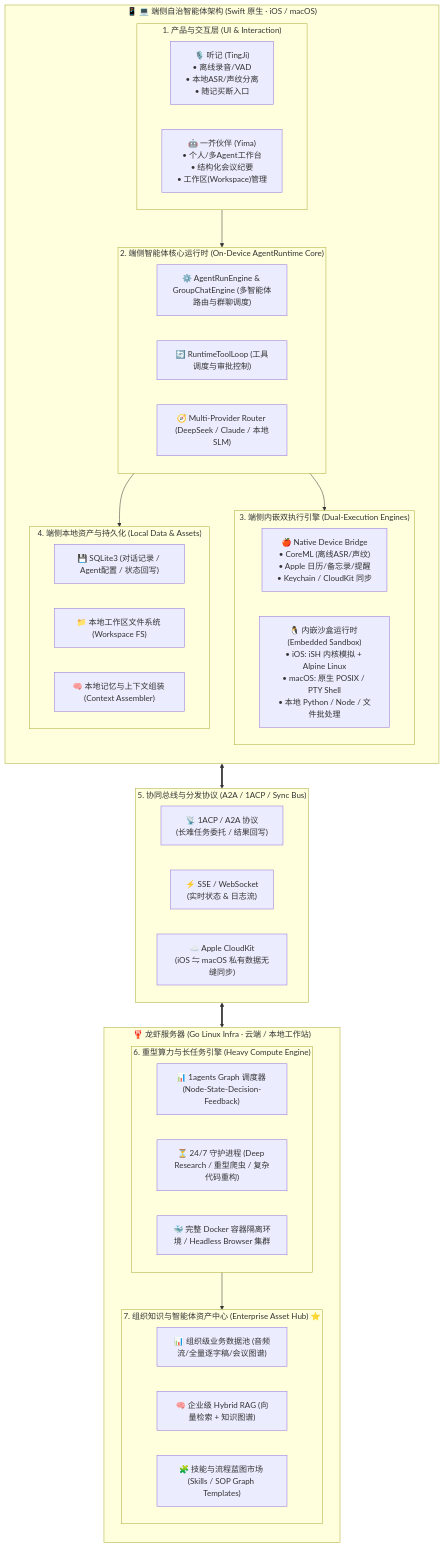
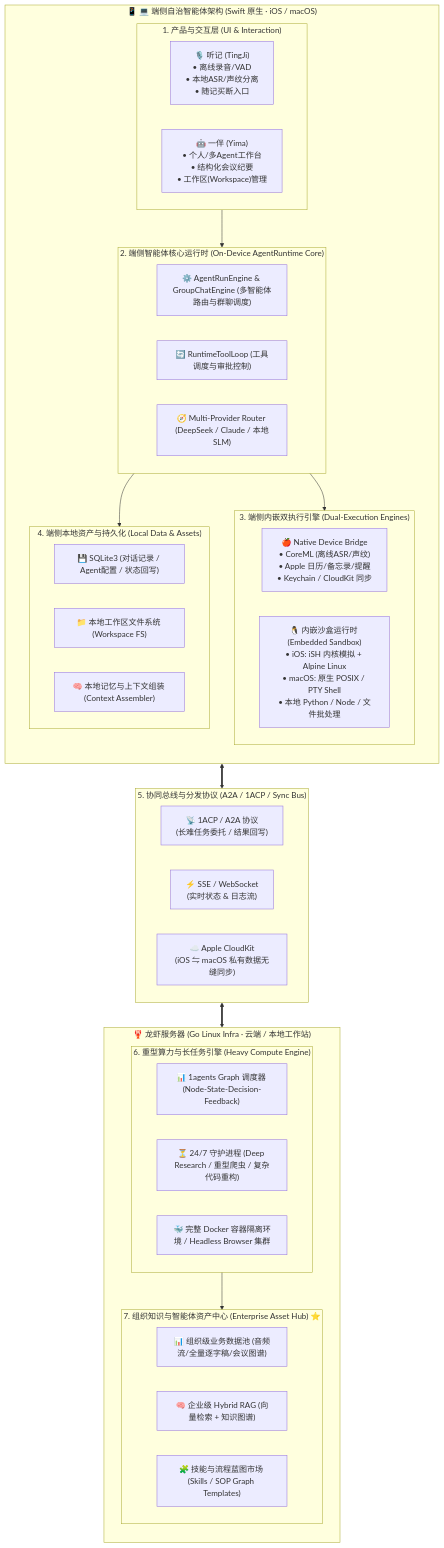
Before and after one commit to scottzx/1agents_phone: the diagram in docs/technical-architecture-and-evolution.md, drawn with Mermaid. The commit also changed other lines of this file, not shown here.

````diff
--- a/docs/technical-architecture-and-evolution.md
+++ b/docs/technical-architecture-and-evolution.md
@@ -38,59 +38,59 @@
 ```mermaid
 flowchart TB
     subgraph ClientHost["📱 💻 端侧自治智能体架构 (Swift 原生 · iOS / macOS)"]
         direction TB
         
         subgraph AppLayer["1. 产品与交互层 (UI & Interaction)"]
             TingJi["🎙️ 听记 (TingJi)<br/>• 离线录音/VAD<br/>• 本地ASR/声纹分离<br/>• 随记买断入口"]
-            Yima["🤖 一芥伙伴 (Yima)<br/>• 个人/多Agent工作台<br/>• 结构化会议纪要<br/>• 工作区(Workspace)管理"]
+            Yima["🤖 一伴 (Yima)<br/>• 个人/多Agent工作台<br/>• 结构化会议纪要<br/>• 工作区(Workspace)管理"]
         end
 
         subgraph SwiftRuntimeCore["2. 端侧智能体核心运行时 (On-Device AgentRuntime Core)"]
             Engine["⚙️ AgentRunEngine & GroupChatEngine (多智能体路由与群聊调度)"]
             ToolLoop["🔄 RuntimeToolLoop (工具调度与审批控制)"]
             ModelRouter["🧭 Multi-Provider Router (DeepSeek / Claude / 本地SLM)"]
         end
 
         subgraph LocalExecution["3. 端侧内嵌双执行引擎 (Dual-Execution Engines)"]
             direction LR
             NativeBridge["🍎 Native Device Bridge<br/>• CoreML (离线ASR/声纹)<br/>• Apple 日历/备忘录/提醒<br/>• Keychain / CloudKit 同步"]
             EmbeddedLinux["🐧 内嵌沙盒运行时 (Embedded Sandbox)<br/>• iOS: iSH 内核模拟 + Alpine Linux<br/>• macOS: 原生 POSIX / PTY Shell<br/>• 本地 Python / Node / 文件批处理"]
         end
 
         subgraph LocalAssets["4. 端侧本地资产与持久化 (Local Data & Assets)"]
             SQLiteStore["💾 SQLite3 (对话记录 / Agent配置 / 状态回写)"]
             WorkspaceFS["📁 本地工作区文件系统 (Workspace FS)"]
             LocalMemory["🧠 本地记忆与上下文组装 (Context Assembler)"]
         end
 
         AppLayer --> SwiftRuntimeCore
         SwiftRuntimeCore --> LocalExecution
         SwiftRuntimeCore --> LocalAssets
     end
 
     subgraph SyncProtocol["5. 协同总线与分发协议 (A2A / 1ACP / Sync Bus)"]
         direction LR
         A2ABus["📡 1ACP / A2A 协议<br/>(长难任务委托 / 结果回写)"]
         StreamBus["⚡ SSE / WebSocket<br/>(实时状态 & 日志流)"]
         CloudKitBus["☁️ Apple CloudKit<br/>(iOS ⇋ macOS 私有数据无缝同步)"]
     end
 
     subgraph ServerInfra["🦞 龙虾服务器 (Go Linux Infra · 云端 / 本地工作站)"]
         direction TB
         subgraph ServerCore["6. 重型算力与长任务引擎 (Heavy Compute Engine)"]
             GraphEngine["📊 1agents Graph 调度器 (Node-State-Decision-Feedback)"]
             LongTaskQueue["⏳ 24/7 守护进程 (Deep Research / 重型爬虫 / 复杂代码重构)"]
             DockerCluster["🐳 完整 Docker 容器隔离环境 / Headless Browser 集群"]
         end
 
         subgraph OrgAssetHub["7. 组织知识与智能体资产中心 (Enterprise Asset Hub) ⭐"]
             BizData["📊 组织级业务数据池 (音频流/全量逐字稿/会议图谱)"]
             HybridRAG["🧠 企业级 Hybrid RAG (向量检索 + 知识图谱)"]
             SkillMarket["🧩 技能与流程蓝图市场 (Skills / SOP Graph Templates)"]
         end
         ServerCore --> OrgAssetHub
     end
 
     ClientHost <==> SyncProtocol
     SyncProtocol <==> ServerInfra
 ```
````
